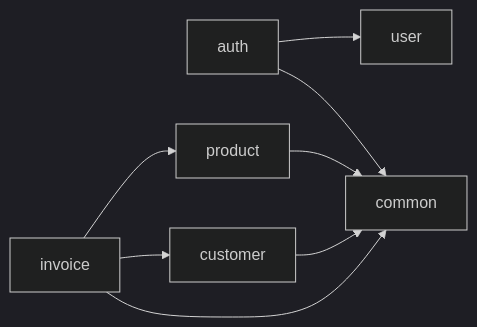
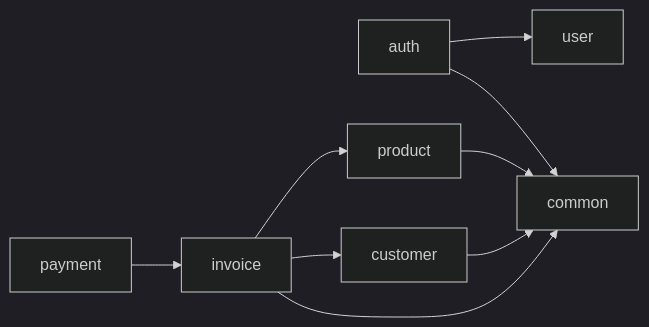
One commit to BrahimNJ/InvoiceFlow changed the first of 3 diagrams in docs/architecture.md. Above: the diagram before and after it, drawn with Mermaid (dark theme). The commit also changed 2 other files, not shown here.

Commit message:
feat(payment): record a payment on an issued invoice
The invoice module checks and updates the invoice first, in the same transaction; nothing is saved when it refuses. The module diagram gains payment --> invoice.

Refs #44

````diff
--- a/docs/architecture.md
+++ b/docs/architecture.md
@@ -30,10 +30,11 @@
 ```mermaid
 flowchart LR
     auth --> common
     auth --> user
     customer --> common
     invoice --> common
     invoice --> customer
     invoice --> product
+    payment --> invoice
     product --> common
 ```
````
